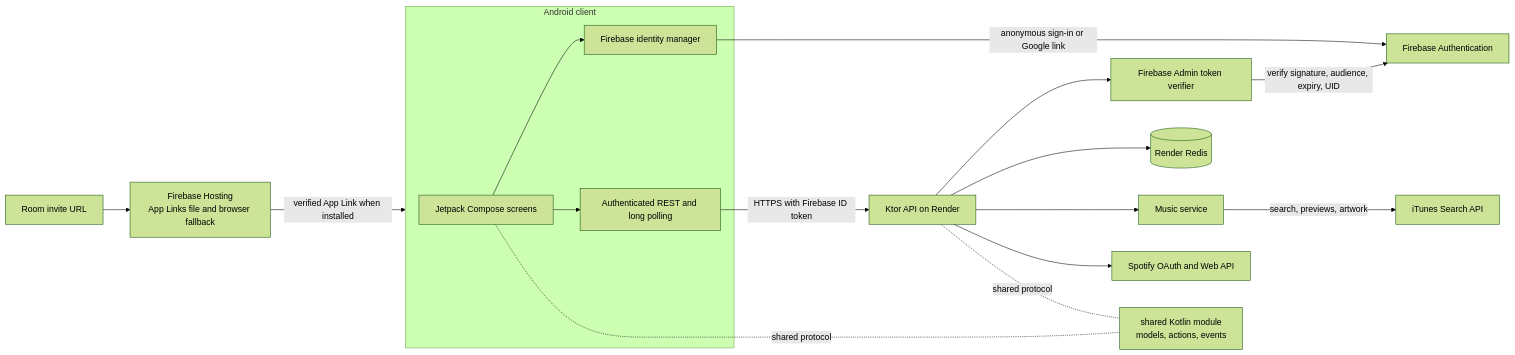
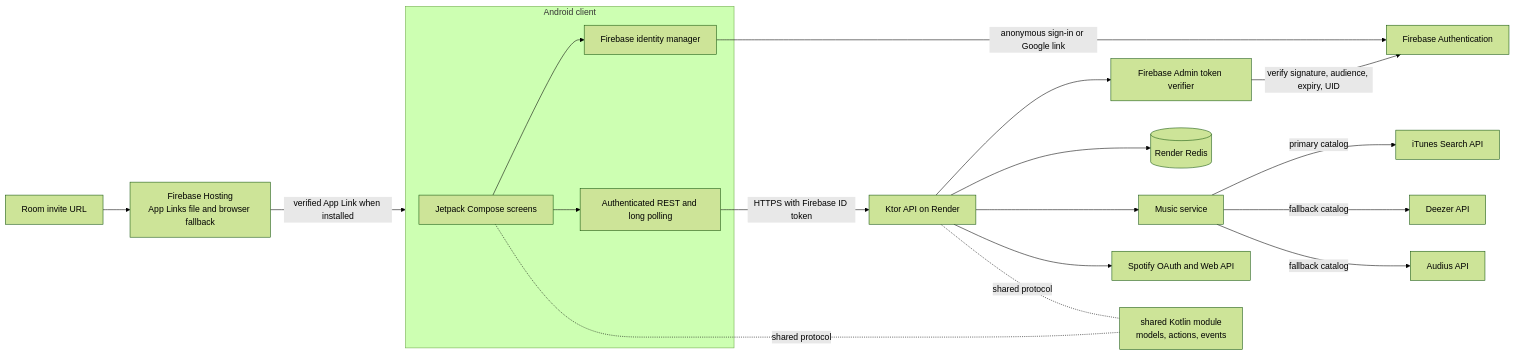
The diagram in README.md (Om-Anand-1208/Guess-Whose-Song), drawn with Mermaid (forest theme) before and after one commit. The commit also changed other lines of this file and 7 other files, not shown here.

Commit message:
Add resilient music catalog fallback

````diff
--- a/README.md
+++ b/README.md
@@ -19,33 +19,37 @@
 ```mermaid
 flowchart LR
     subgraph Android[Android client]
         UI[Jetpack Compose screens]
         Identity[Firebase identity manager]
         Poller[Authenticated REST and long polling]
         UI --> Identity
         UI --> Poller
     end
 
     Auth[Firebase Authentication]
     API[Ktor API on Render]
     Verify[Firebase Admin token verifier]
     Redis[(Render Redis)]
     Music[Music service]
     ITunes[iTunes Search API]
+    Deezer[Deezer API]
+    Audius[Audius API]
     Spotify[Spotify OAuth and Web API]
     Hosting[Firebase Hosting<br/>App Links file and browser fallback]
     Shared[shared Kotlin module<br/>models, actions, events]
 
     Identity -->|anonymous sign-in or Google link| Auth
     Poller -->|HTTPS with Firebase ID token| API
     API --> Verify
     Verify -->|verify signature, audience, expiry, UID| Auth
     API --> Redis
     API --> Music
-    Music -->|search, previews, artwork| ITunes
+    Music -->|primary catalog| ITunes
+    Music -->|fallback catalog| Deezer
+    Music -->|fallback catalog| Audius
     API --> Spotify
     API -. shared protocol .- Shared
     UI -. shared protocol .- Shared
     Invite[Room invite URL] --> Hosting
     Hosting -->|verified App Link when installed| Android
 ```
````
